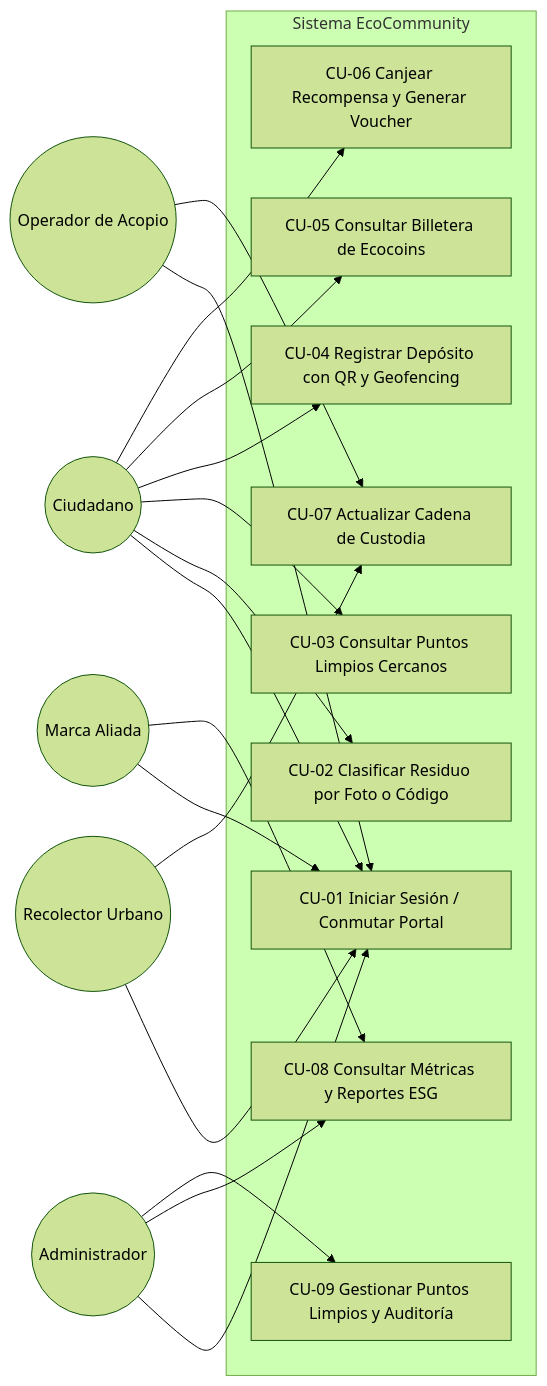
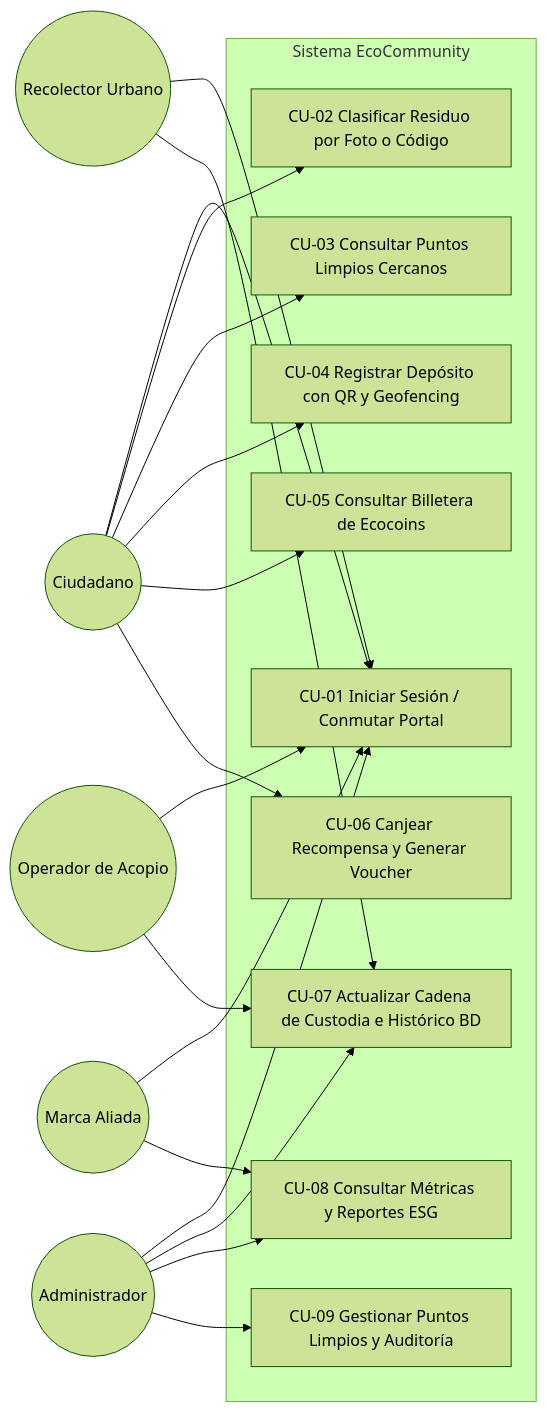
One commit to vargaspaulavalentina-crypto/ECOCOMUNIDAD changed the second of 2 diagrams in docs/SRS_ECOCOMMUNITY.md. Above: the diagram before and after it, drawn with Mermaid (forest theme). The commit also changed other lines of this file and 1 other file, not shown here.

````diff
--- a/docs/SRS_ECOCOMMUNITY.md
+++ b/docs/SRS_ECOCOMMUNITY.md
@@ -556,40 +653,41 @@
 ```mermaid
 flowchart LR
     Ciudadano((Ciudadano))
     Recolector((Recolector Urbano))
     Acopio((Operador de Acopio))
     Marca((Marca Aliada))
     Admin((Administrador))
 
     subgraph Sistema EcoCommunity
         CU01[CU-01 Iniciar Sesión / Conmutar Portal]
         CU02[CU-02 Clasificar Residuo por Foto o Código]
         CU03[CU-03 Consultar Puntos Limpios Cercanos]
         CU04[CU-04 Registrar Depósito con QR y Geofencing]
         CU05[CU-05 Consultar Billetera de Ecocoins]
         CU06[CU-06 Canjear Recompensa y Generar Voucher]
-        CU07[CU-07 Actualizar Cadena de Custodia]
+        CU07[CU-07 Actualizar Cadena de Custodia e Histórico BD]
         CU08[CU-08 Consultar Métricas y Reportes ESG]
         CU09[CU-09 Gestionar Puntos Limpios y Auditoría]
     end
 
     Ciudadano --> CU01
     Ciudadano --> CU02
     Ciudadano --> CU03
     Ciudadano --> CU04
     Ciudadano --> CU05
     Ciudadano --> CU06
 
     Recolector --> CU01
     Recolector --> CU07
 
     Acopio --> CU01
     Acopio --> CU07
 
     Marca --> CU01
     Marca --> CU08
 
     Admin --> CU01
+    Admin --> CU07
     Admin --> CU08
     Admin --> CU09
 ```
````
